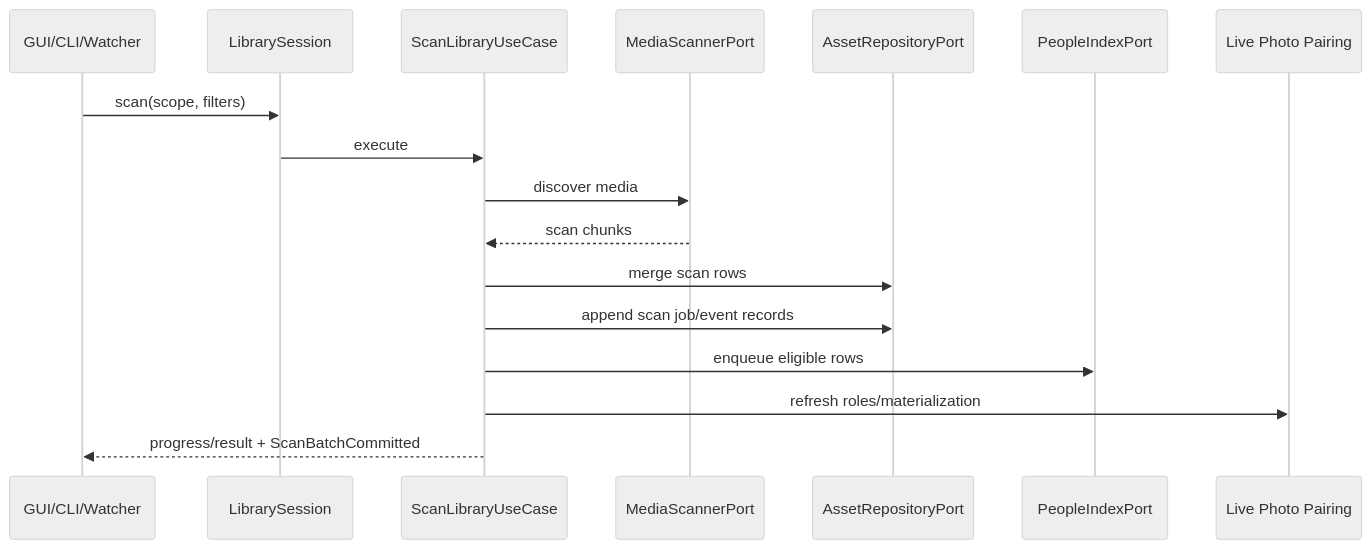
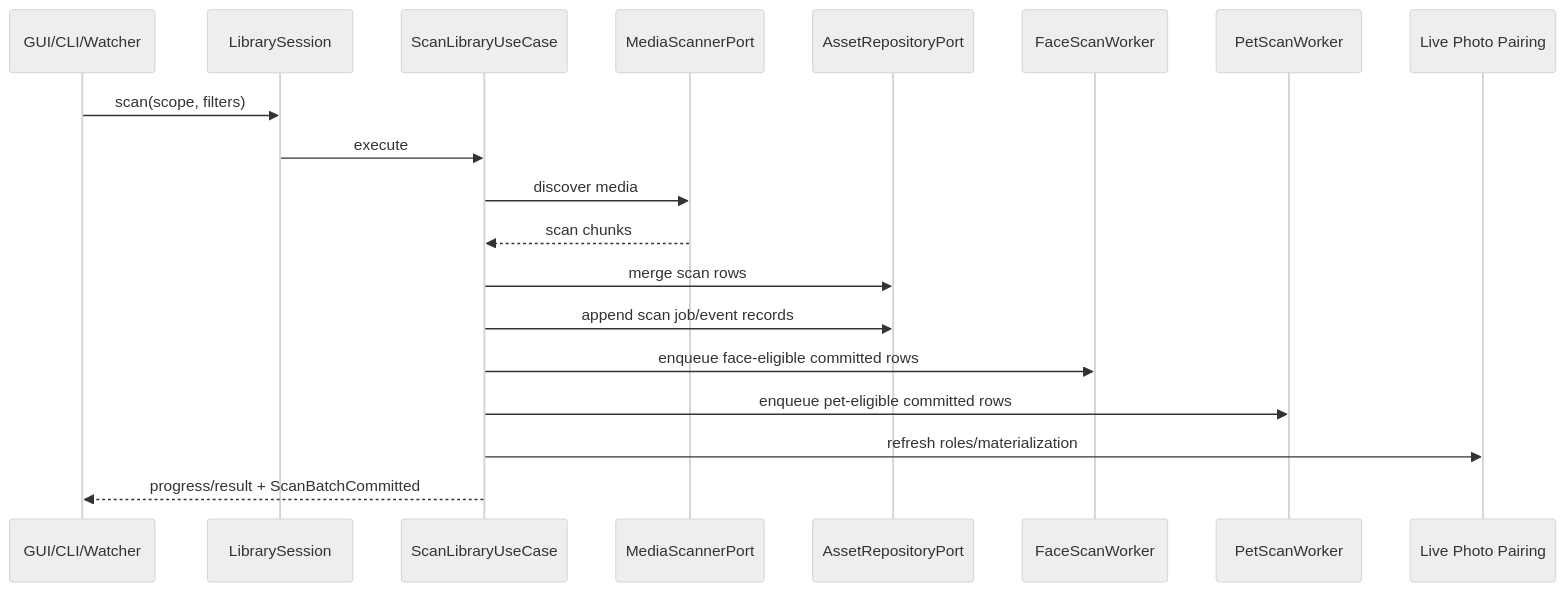
The fourth of 6 diagrams in docs/architecture.md (OliverZhaohaibin/iPhotron-LocalPhotoAlbumManager), drawn with Mermaid (neutral theme) before and after one commit. The commit also changed other lines of this file and 21 other files, not shown here.

````diff
--- a/docs/architecture.md
+++ b/docs/architecture.md
@@ -417,20 +438,22 @@
 ```mermaid
 sequenceDiagram
     participant Trigger as GUI/CLI/Watcher
     participant Session as LibrarySession
     participant Scan as ScanLibraryUseCase
     participant Scanner as MediaScannerPort
     participant Repo as AssetRepositoryPort
-    participant People as PeopleIndexPort
+    participant Faces as FaceScanWorker
+    participant Pets as PetScanWorker
     participant Pairing as Live Photo Pairing
 
     Trigger->>Session: scan(scope, filters)
     Session->>Scan: execute
     Scan->>Scanner: discover media
     Scanner-->>Scan: scan chunks
     Scan->>Repo: merge scan rows
     Scan->>Repo: append scan job/event records
-    Scan->>People: enqueue eligible rows
+    Scan->>Faces: enqueue face-eligible committed rows
+    Scan->>Pets: enqueue pet-eligible committed rows
     Scan->>Pairing: refresh roles/materialization
     Scan-->>Trigger: progress/result + ScanBatchCommitted
 ```
````
